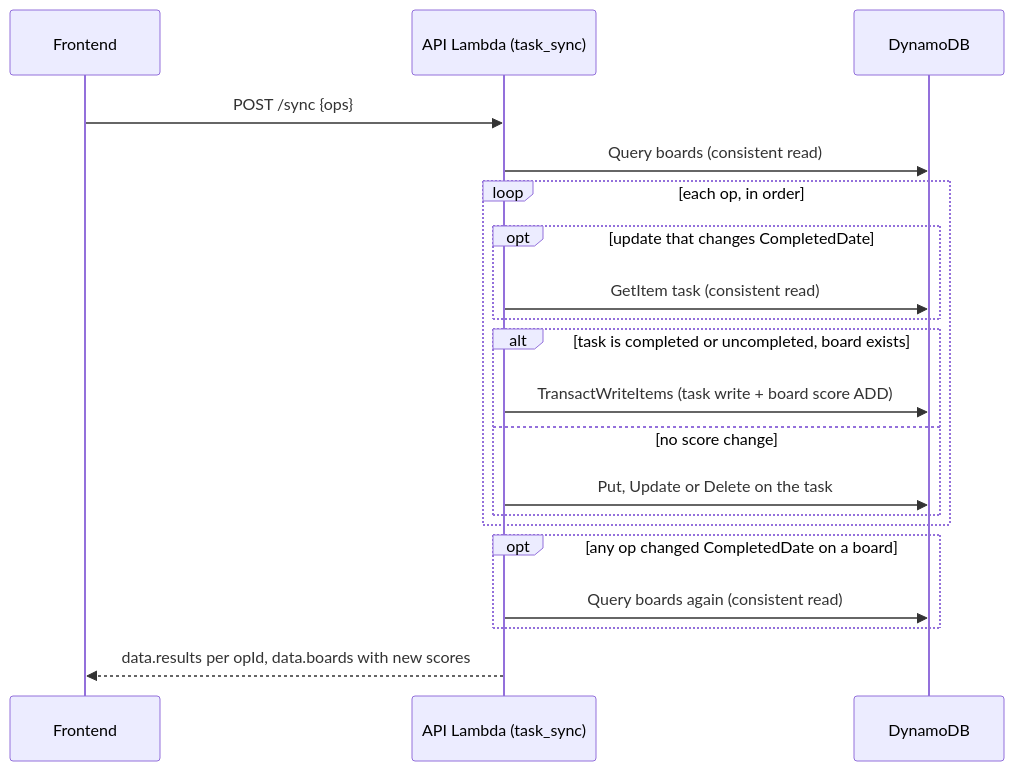
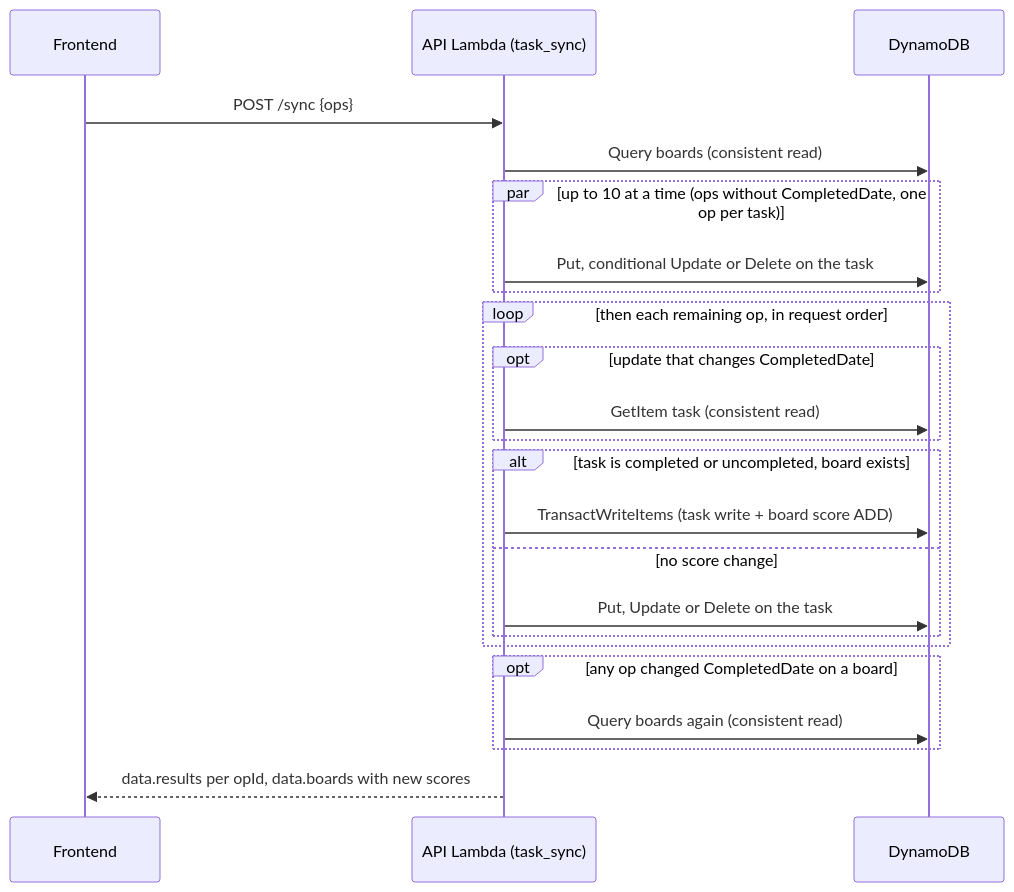
The third of 7 diagrams in ARCHITECTURE.md (TomBenjaminMorris/listpal-backend), drawn with Mermaid before and after one commit. The commit also changed other lines of this file and 2 other files, not shown here.

Commit message:
/sync: run ops that touch only their own task concurrently
Ops without CompletedDate on a task that appears once in the batch never
touch the board item or the shared ctx, so they now run up to 10 at a
time. Score-changing ops and repeated tasks still run one at a time, in
request order, after the concurrent lane. Results keep request order.

A 30-task rename or clear drops from about 350 ms to about 48 ms with
every DynamoDB call simulated at 10 ms; call counts are unchanged.

````diff
--- a/ARCHITECTURE.md
+++ b/ARCHITECTURE.md
@@ -160,23 +160,26 @@
 ```mermaid
 sequenceDiagram
     participant F as Frontend
     participant A as API Lambda (task_sync)
     participant D as DynamoDB
 
     F->>A: POST /sync {ops}
     A->>D: Query boards (consistent read)
-    loop each op, in order
+    par up to 10 at a time (ops without CompletedDate, one op per task)
+        A->>D: Put, conditional Update or Delete on the task
+    end
+    loop then each remaining op, in request order
         opt update that changes CompletedDate
             A->>D: GetItem task (consistent read)
         end
         alt task is completed or uncompleted, board exists
             A->>D: TransactWriteItems (task write + board score ADD)
         else no score change
             A->>D: Put, Update or Delete on the task
         end
     end
     opt any op changed CompletedDate on a board
         A->>D: Query boards again (consistent read)
     end
     A-->>F: data.results per opId, data.boards with new scores
 ```
````
